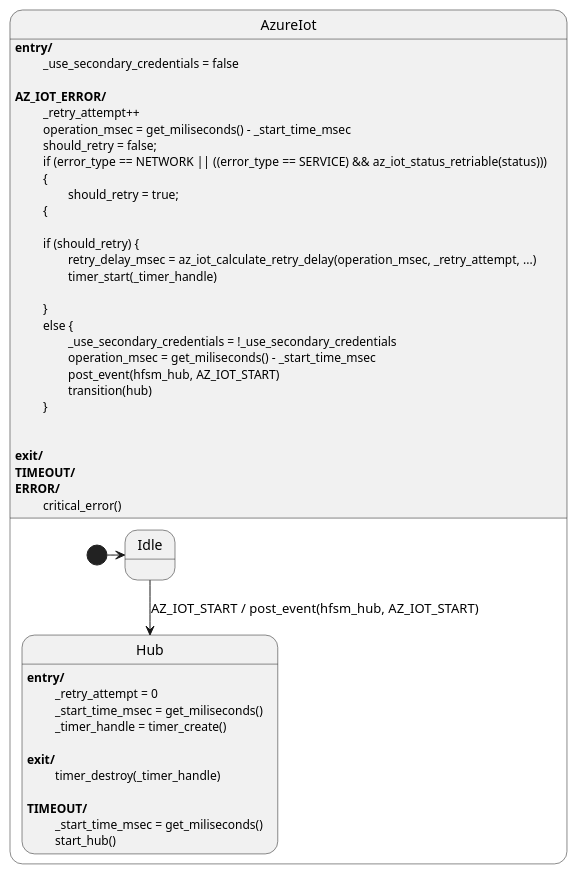
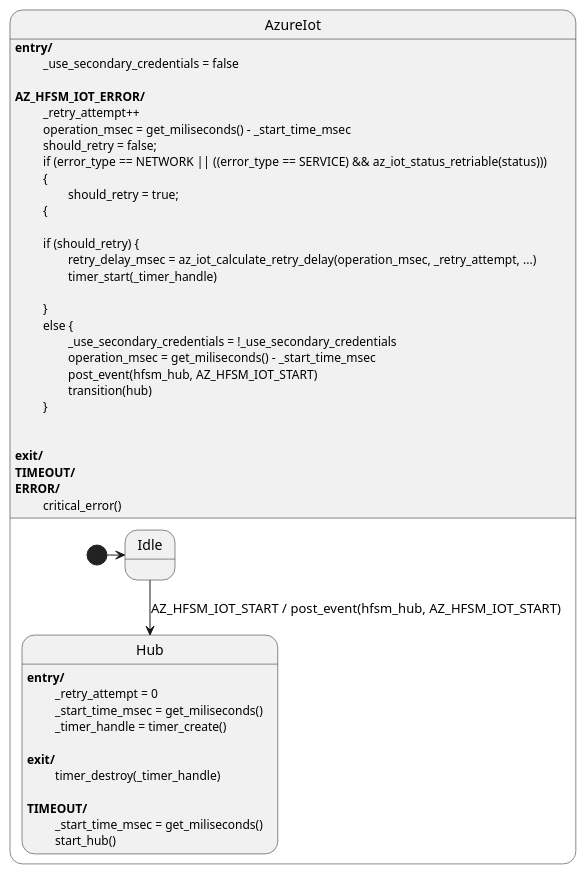
One commit to vaavva/azure-sdk-for-c-hfsm changed the diagram in sdk/docs/iot/resources/az_iot_hfsm_no_dps.puml. Above: the diagram before and after it, drawn with PlantUML. The commit also changed 9 other files, not shown here.

Commit message:
WIP Azure IoT HFSM

```diff
--- a/sdk/docs/iot/resources/az_iot_hfsm_no_dps.puml
+++ b/sdk/docs/iot/resources/az_iot_hfsm_no_dps.puml
@@ -1,53 +1,53 @@
 @startuml Azure IoT HFSM
 
 state AzureIot {
     state Idle
     
     state Hub
     Hub : <b>entry/</b>
     Hub : \t _retry_attempt = 0
     Hub : \t _start_time_msec = get_miliseconds()
     Hub : \t _timer_handle = timer_create()
     Hub :
     Hub : <b>exit/</b>
     Hub : \t timer_destroy(_timer_handle)
     Hub : 
     Hub : <b>TIMEOUT/</b>
     Hub : \t _start_time_msec = get_miliseconds()
     Hub : \t start_hub()
     
     [*] -> Idle
-    Idle --> Hub : AZ_IOT_START / post_event(hfsm_hub, AZ_IOT_START)
+    Idle --> Hub : AZ_HFSM_IOT_START / post_event(hfsm_hub, AZ_HFSM_IOT_START)
 }
 
 AzureIot : <b>entry/</b> 
 AzureIot : \t _use_secondary_credentials = false
 AzureIot :
-AzureIot : <b>AZ_IOT_ERROR/</b>
+AzureIot : <b>AZ_HFSM_IOT_ERROR/</b>
 AzureIot : \t _retry_attempt++
 AzureIot : \t operation_msec = get_miliseconds() - _start_time_msec
 AzureIot : \t should_retry = false;
 AzureIot : \t if (error_type == NETWORK || ((error_type == SERVICE) && az_iot_status_retriable(status)))
 AzureIot : \t {
 AzureIot : \t\t should_retry = true;
 AzureIot : \t {
 AzureIot: 
 AzureIot : \t if (should_retry) {
 AzureIot : \t\t retry_delay_msec = az_iot_calculate_retry_delay(operation_msec, _retry_attempt, ...)
 AzureIot : \t\t timer_start(_timer_handle)
 AzureIot : \t\t
 AzureIot : \t }
 AzureIot : \t else {
 AzureIot : \t\t _use_secondary_credentials = !_use_secondary_credentials
 AzureIot:  \t\t operation_msec = get_miliseconds() - _start_time_msec
-AzureIot : \t\t post_event(hfsm_hub, AZ_IOT_START)
+AzureIot : \t\t post_event(hfsm_hub, AZ_HFSM_IOT_START)
 AzureIot : \t\t transition(hub)
 AzureIot : \t }
 AzureIot :
 AzureIot :
 AzureIot : <b>exit/</b>
 AzureIot : <b>TIMEOUT/</b>
 AzureIot : <b>ERROR/</b>
 AzureIot : \t critical_error()
 
 @enduml
```
